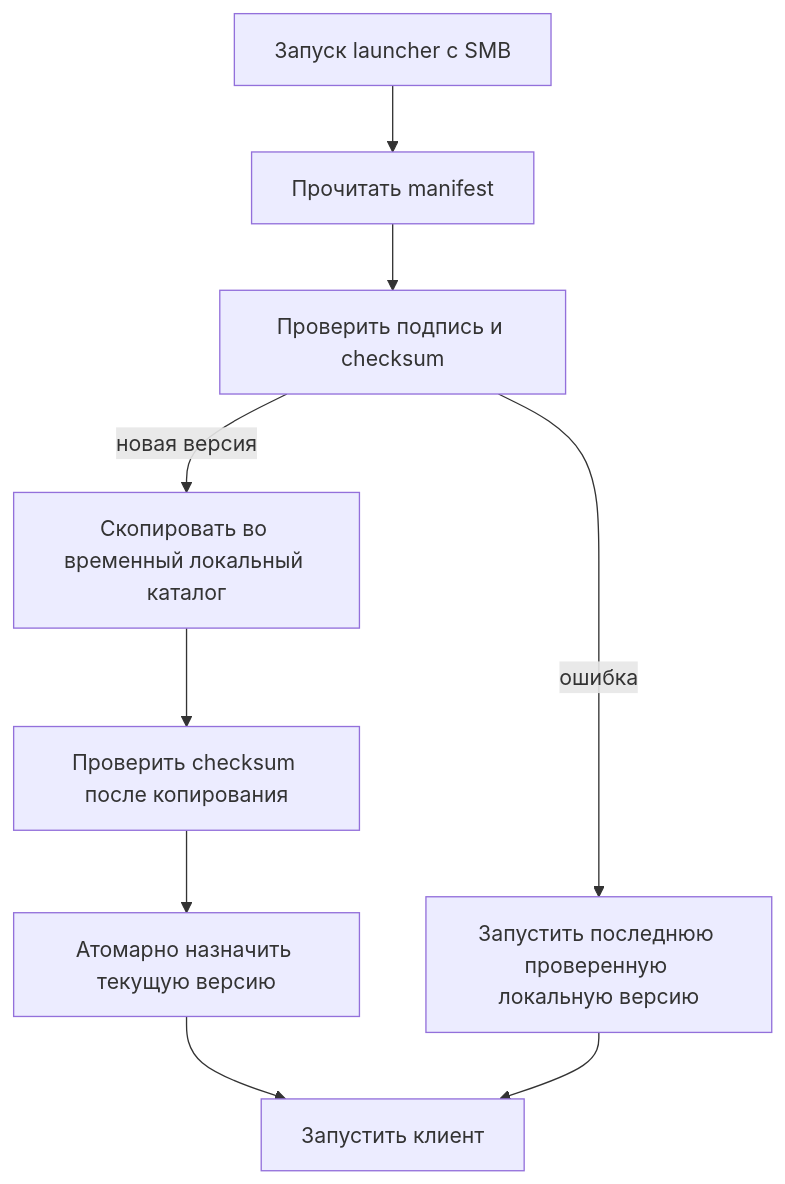
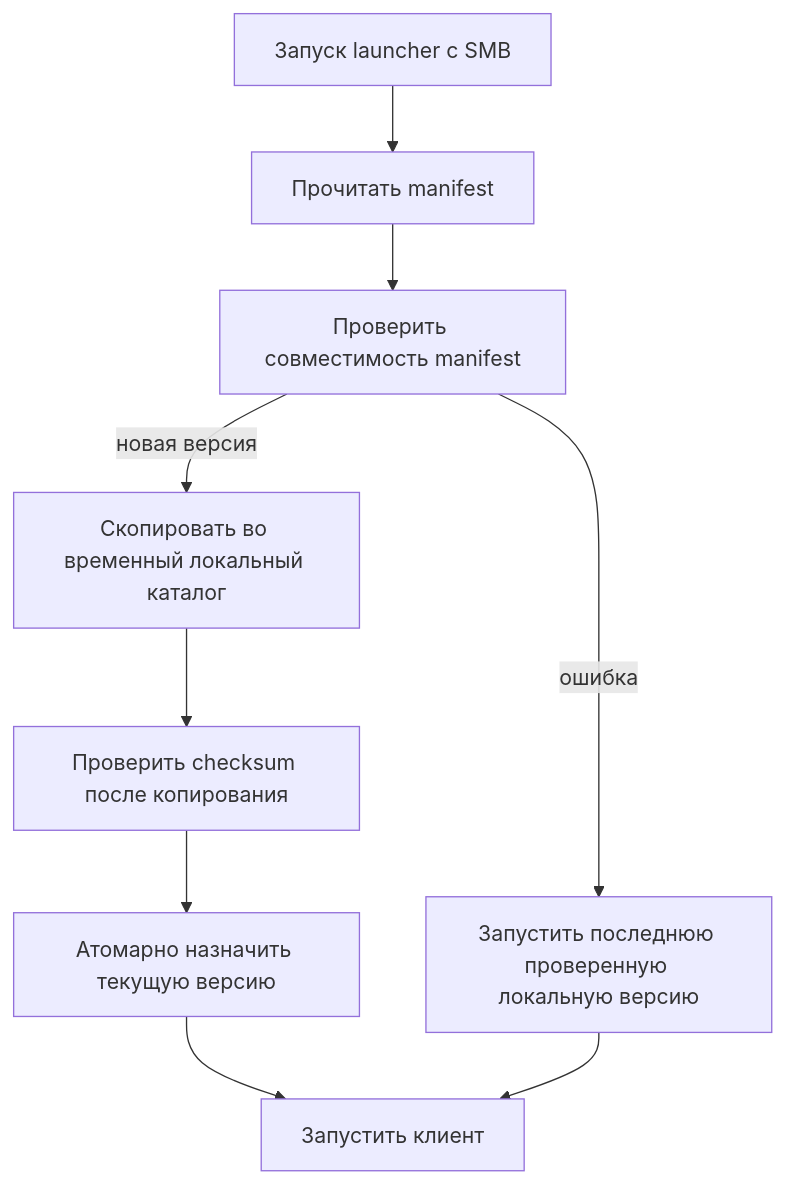
Before and after one commit to Volkov-D-A/uszn-messenger: the sixth of 6 diagrams in docs/architecture.md, drawn with Mermaid. The commit also changed other lines of this file and 14 other files, not shown here.

````diff
--- a/docs/architecture.md
+++ b/docs/architecture.md
@@ -159,11 +164,11 @@
 ```mermaid
 flowchart TD
     Start[Запуск launcher с SMB] --> Read[Прочитать manifest]
-    Read --> Verify[Проверить подпись и checksum]
+    Read --> Verify[Проверить совместимость manifest]
     Verify -->|ошибка| Existing[Запустить последнюю проверенную локальную версию]
     Verify -->|новая версия| Copy[Скопировать во временный локальный каталог]
     Copy --> Check[Проверить checksum после копирования]
     Check --> Activate[Атомарно назначить текущую версию]
     Activate --> Run[Запустить клиент]
     Existing --> Run
 ```
````
